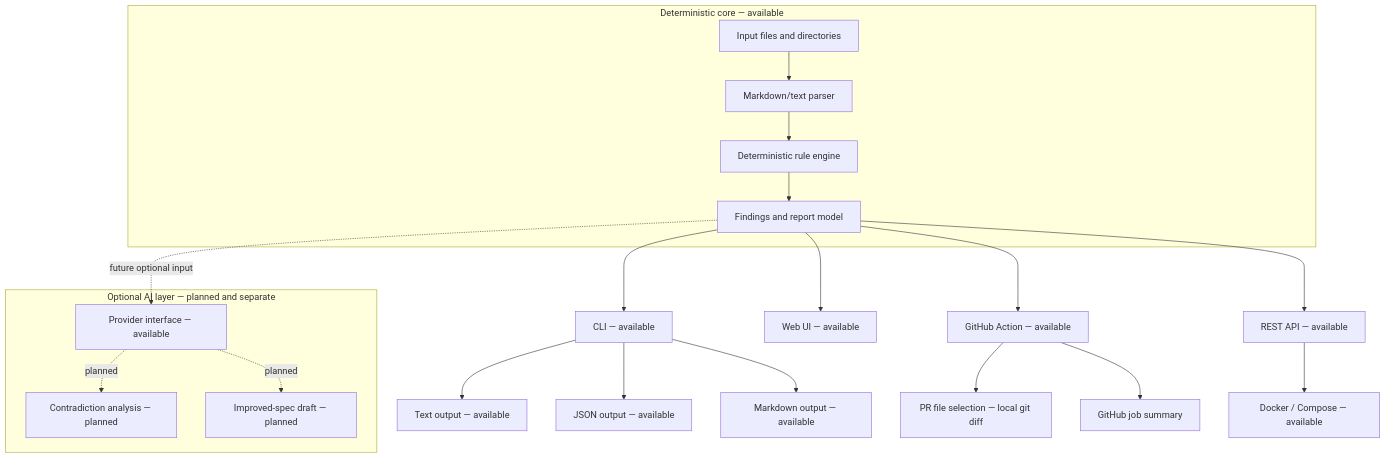
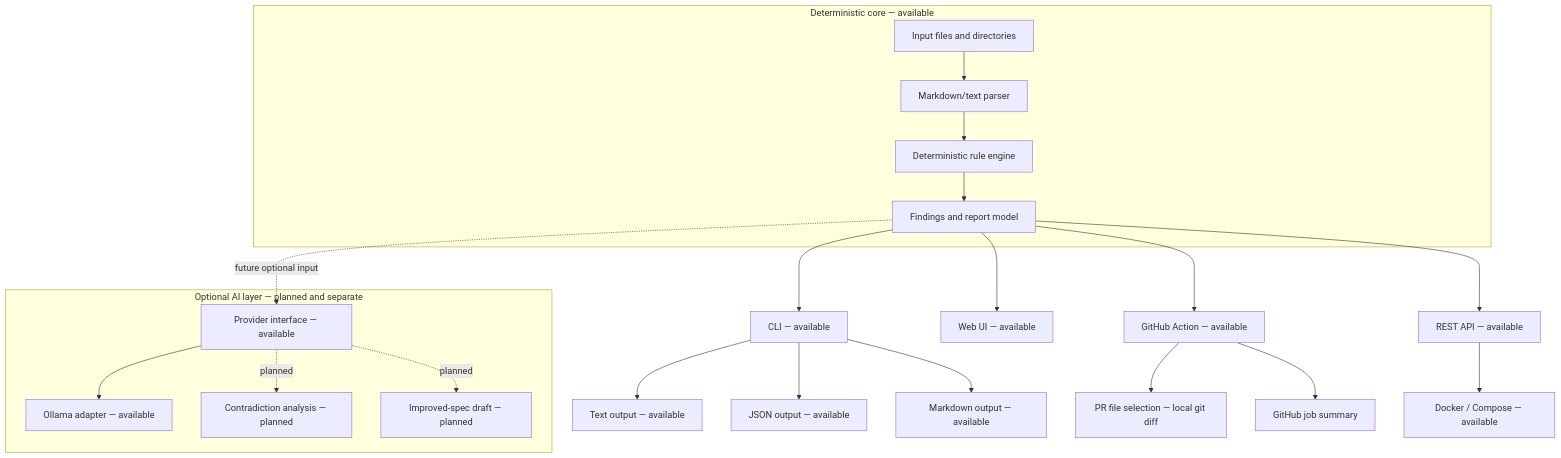
Before and after one commit to specforgeart/specforge-gate: the diagram in docs/architecture.md, drawn with Mermaid. The commit also changed other lines of this file and 19 other files, not shown here.

Commit message:
feat: add Ollama provider adapter (#31)

````diff
--- a/docs/architecture.md
+++ b/docs/architecture.md
@@ -5,30 +5,32 @@
 ```mermaid
 flowchart TD
     subgraph Core["Deterministic core — available"]
         A["Input files and directories"] --> B["Markdown/text parser"]
         B --> C["Deterministic rule engine"]
         C --> D["Findings and report model"]
     end
 
     D --> E["CLI — available"]
     E --> F["Text output — available"]
     E --> G["JSON output — available"]
     E --> H["Markdown output — available"]
 
     D --> I["GitHub Action — available"]
     I --> O["PR file selection — local git diff"]
     I --> P["GitHub job summary"]
     D --> J["REST API — available"]
     D --> K["Web UI — available"]
     J --> Q["Docker / Compose — available"]
 
     subgraph AI["Optional AI layer — planned and separate"]
         L["Provider interface — available"]
+        R["Ollama adapter — available"]
         M["Contradiction analysis — planned"]
         N["Improved-spec draft — planned"]
     end
 
     D -. future optional input .-> L
+    L --> R
     L -. planned .-> M
     L -. planned .-> N
 ```
````
